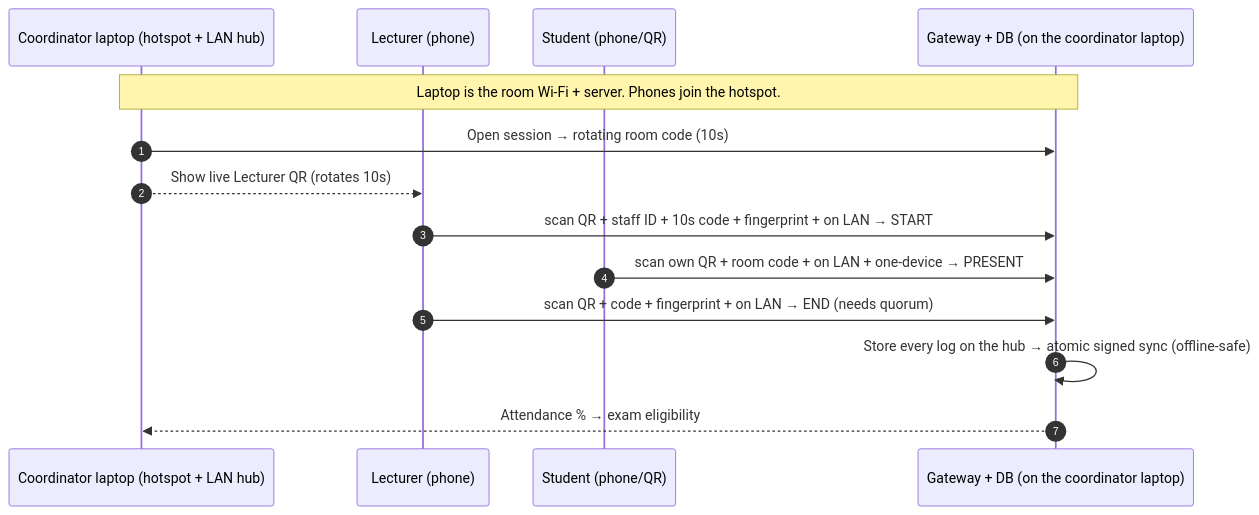
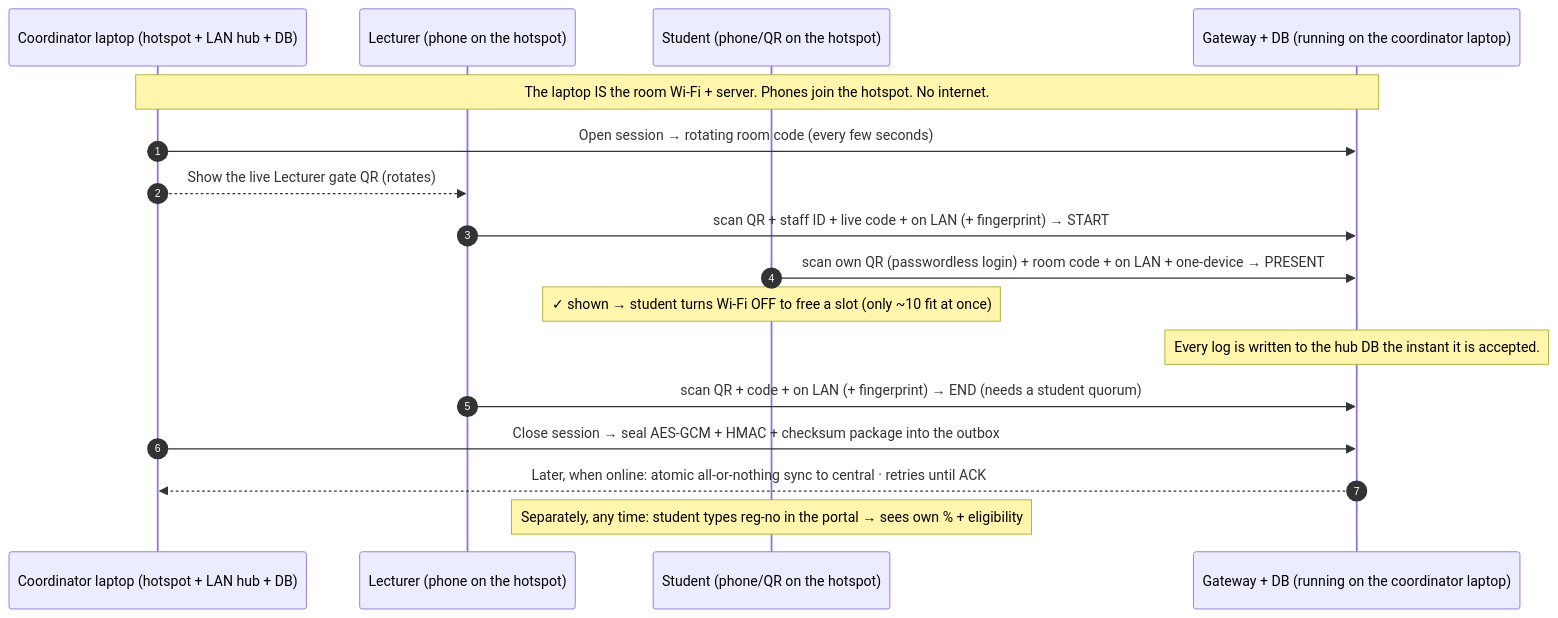
The second of 2 diagrams in flow.md (LIGHT567482/KIU-QAAT), drawn with Mermaid before and after one commit. The commit also changed other lines of this file and 162 other files, not shown here.

````diff
--- a/flow.md
+++ b/flow.md
@@ -68,16 +93,19 @@
 ```mermaid
 sequenceDiagram
     autonumber
-    participant C as Coordinator laptop (hotspot + LAN hub)
-    participant L as Lecturer (phone)
-    participant S as Student (phone/QR)
-    participant G as Gateway + DB (on the coordinator laptop)
-    Note over C,G: Laptop is the room Wi-Fi + server. Phones join the hotspot.
-    C->>G: Open session → rotating room code (10s)
-    C-->>L: Show live Lecturer QR (rotates 10s)
-    L->>G: scan QR + staff ID + 10s code + fingerprint + on LAN → START
-    S->>G: scan own QR + room code + on LAN + one-device → PRESENT
-    L->>G: scan QR + code + fingerprint + on LAN → END (needs quorum)
-    G->>G: Store every log on the hub → atomic signed sync (offline-safe)
-    G-->>C: Attendance % → exam eligibility
+    participant C as Coordinator laptop (hotspot + LAN hub + DB)
+    participant L as Lecturer (phone on the hotspot)
+    participant S as Student (phone/QR on the hotspot)
+    participant G as Gateway + DB (running on the coordinator laptop)
+    Note over C,G: The laptop IS the room Wi-Fi + server. Phones join the hotspot. No internet.
+    C->>G: Open session → rotating room code (every few seconds)
+    C-->>L: Show the live Lecturer gate QR (rotates)
+    L->>G: scan QR + staff ID + live code + on LAN (+ fingerprint) → START
+    S->>G: scan own QR (passwordless login) + room code + on LAN + one-device → PRESENT
+    Note over S: ✓ shown → student turns Wi-Fi OFF to free a slot (only ~10 fit at once)
+    Note over G: Every log is written to the hub DB the instant it is accepted.
+    L->>G: scan QR + code + on LAN (+ fingerprint) → END (needs a student quorum)
+    C->>G: Close session → seal AES-GCM + HMAC + checksum package into the outbox
+    G-->>C: Later, when online: atomic all-or-nothing sync to central · retries until ACK
+    Note over S: Separately, any time: student types reg-no in the portal → sees own % + eligibility
 ```
````
